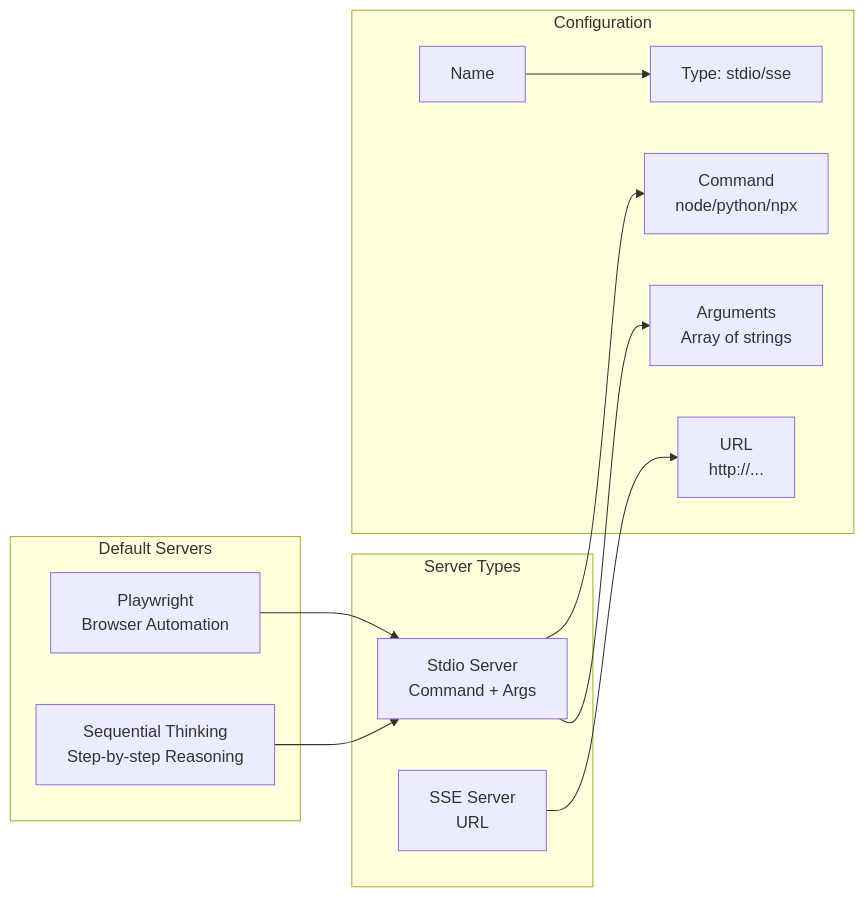
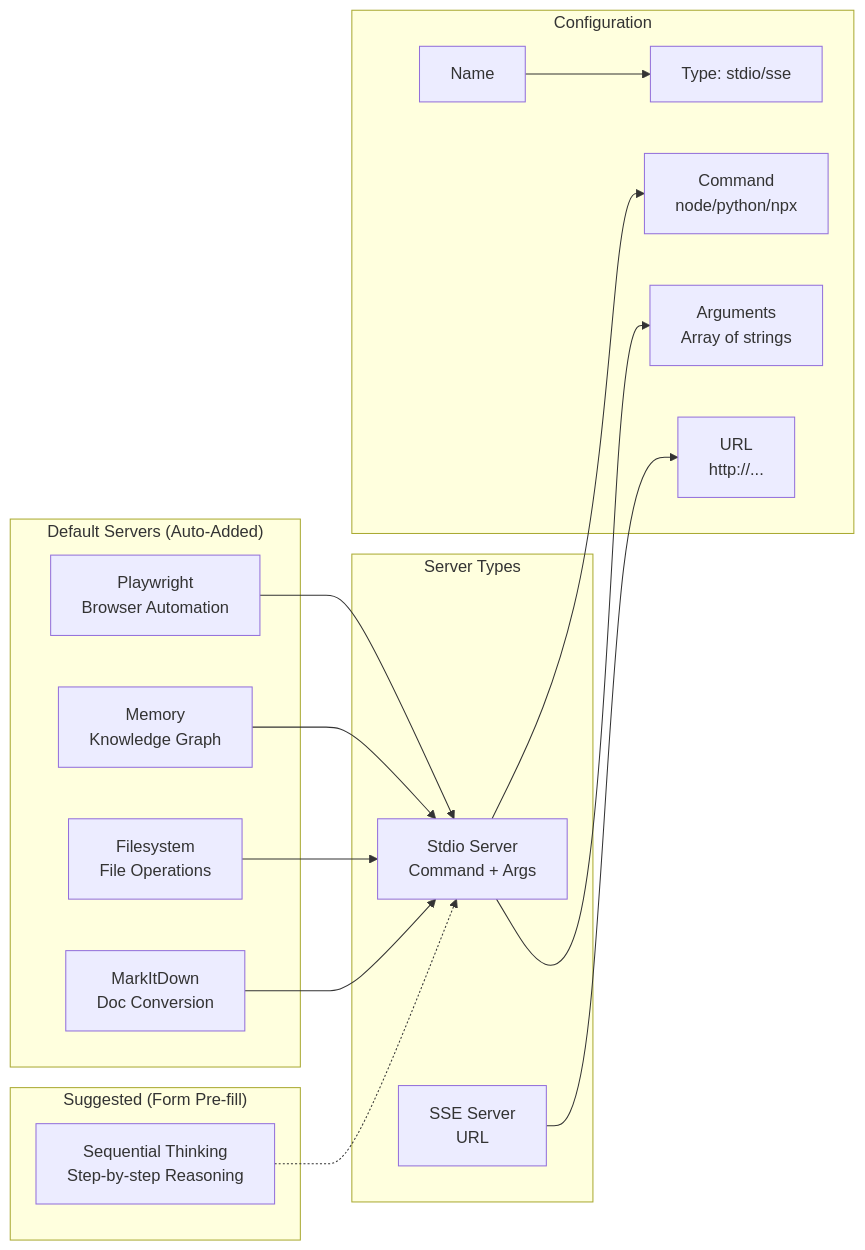
One commit to meharajM/ai-worker.app changed diagram 15 of 33 in architecture.md. Above: the diagram before and after it, drawn with Mermaid. The commit also changed other lines of this file and 58 other files, not shown here.

````diff
--- a/architecture.md
+++ b/architecture.md
@@ -622,27 +641,36 @@
 ```mermaid
 graph LR
     subgraph "Server Types"
         Stdio[Stdio Server<br/>Command + Args]
         SSE[SSE Server<br/>URL]
     end
 
     subgraph "Configuration"
         Name[Name]
         Type[Type: stdio/sse]
         Command[Command<br/>node/python/npx]
         Args[Arguments<br/>Array of strings]
         URL[URL<br/>http://...]
     end
 
-    subgraph "Default Servers"
-        Playwright[Playwright<br/>Browser Automation]
+    subgraph "Default Servers (Auto-Added)"
+        PlaywrightSrv[Playwright<br/>Browser Automation]
+        MemorySrv[Memory<br/>Knowledge Graph]
+        FilesystemSrv[Filesystem<br/>File Operations]
+        MarkItDownSrv[MarkItDown<br/>Doc Conversion]
+    end
+
+    subgraph "Suggested (Form Pre-fill)"
         SequentialThinking[Sequential Thinking<br/>Step-by-step Reasoning]
     end
 
     Stdio --> Command
     Stdio --> Args
     SSE --> URL
     Name --> Type
-    Playwright --> Stdio
-    SequentialThinking --> Stdio
+    PlaywrightSrv --> Stdio
+    MemorySrv --> Stdio
+    FilesystemSrv --> Stdio
+    MarkItDownSrv --> Stdio
+    SequentialThinking -.-> Stdio
 ```
````
